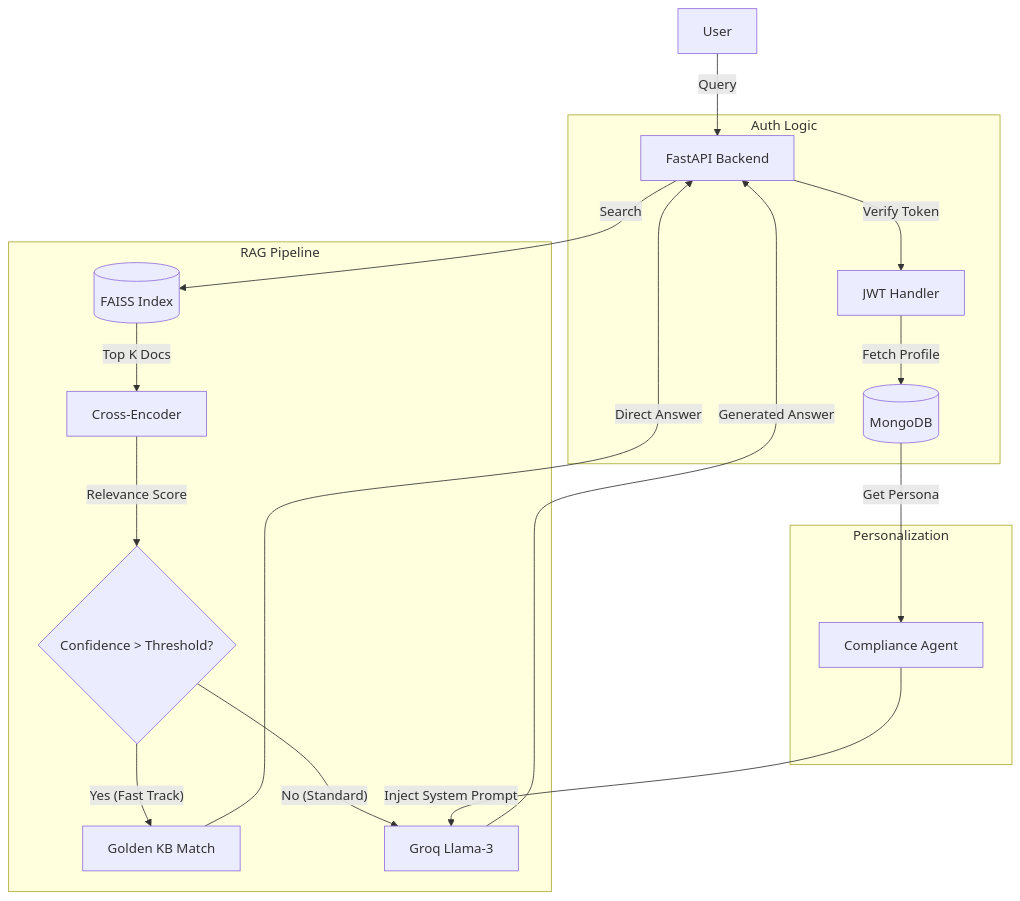
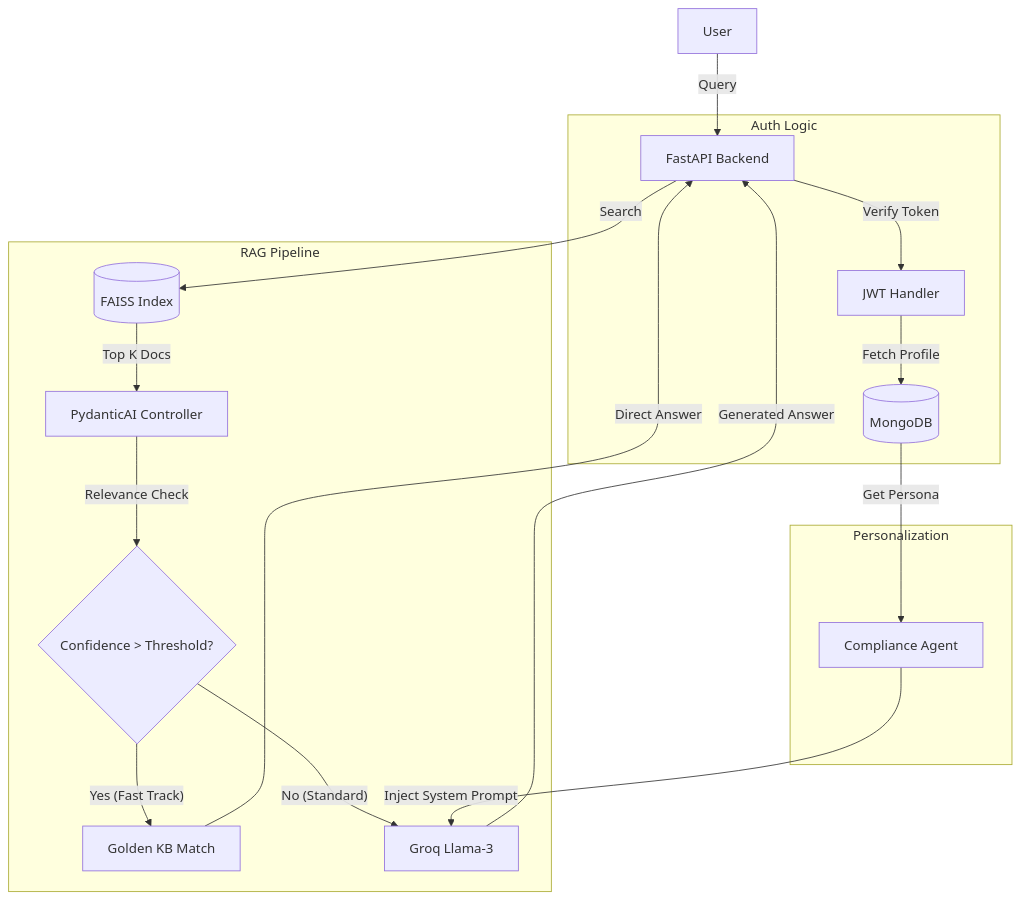
One commit to arvindpandey4/ComplianceAI changed the diagram in README.md. Above: the diagram before and after it, drawn with Mermaid. The commit also changed other lines of this file, not shown here.

````diff
--- a/README.md
+++ b/README.md
@@ -56,26 +57,26 @@
 ```mermaid
 graph TD
     User[User] -->|Query| API[FastAPI Backend]
     
     subgraph "Auth Logic"
         API -->|Verify Token| Auth[JWT Handler]
         Auth -->|Fetch Profile| DB[(MongoDB)]
     end
     
     subgraph "RAG Pipeline"
         API -->|Search| VectorDB[(FAISS Index)]
-        VectorDB -->|Top K Docs| Reranker[Cross-Encoder]
-        Reranker -->|Relevance Score| Decision{Confidence > Threshold?}
+        VectorDB -->|Top K Docs| Logic[PydanticAI Controller]
+        Logic -->|Relevance Check| Decision{Confidence > Threshold?}
         
         Decision -- Yes (Fast Track) --> KB[Golden KB Match]
         Decision -- No (Standard) --> LLM[Groq Llama-3]
         
         KB -->|Direct Answer| API
         LLM -->|Generated Answer| API
     end
     
     subgraph "Personalization"
         DB -->|Get Persona| Agent[Compliance Agent]
         Agent -->|Inject System Prompt| LLM
     end
 ```
````
